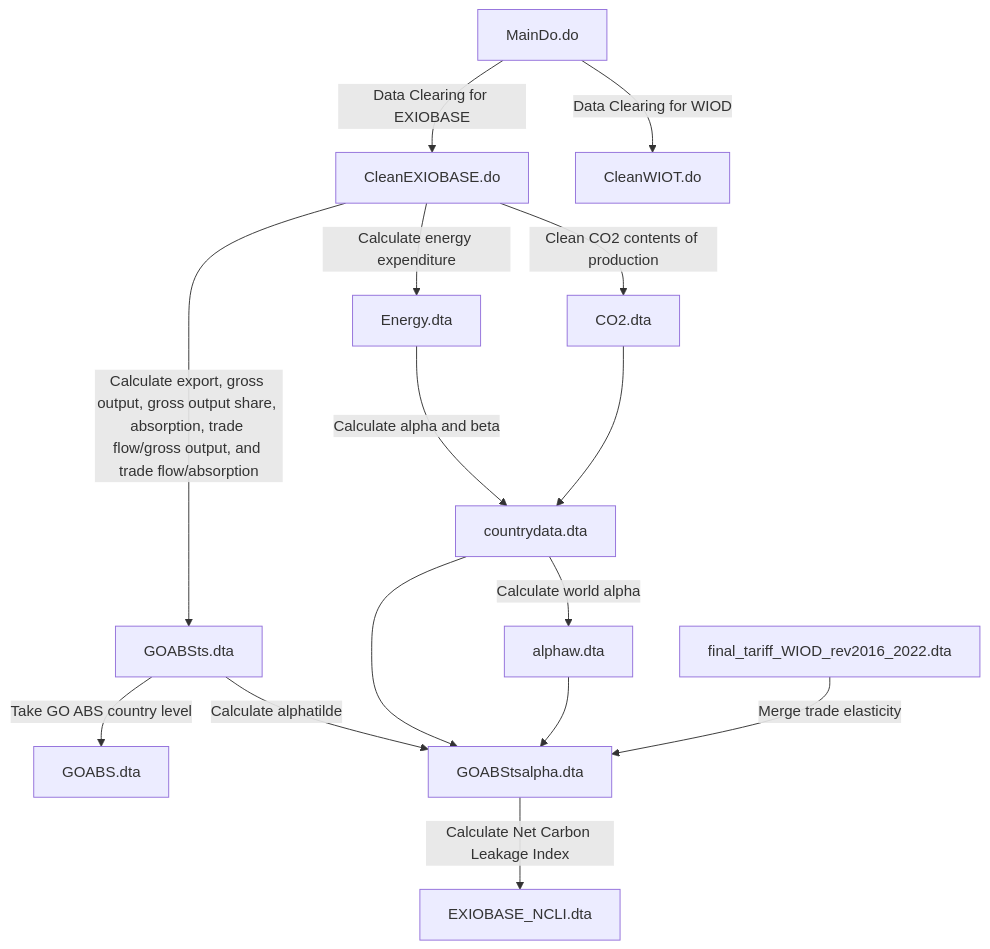
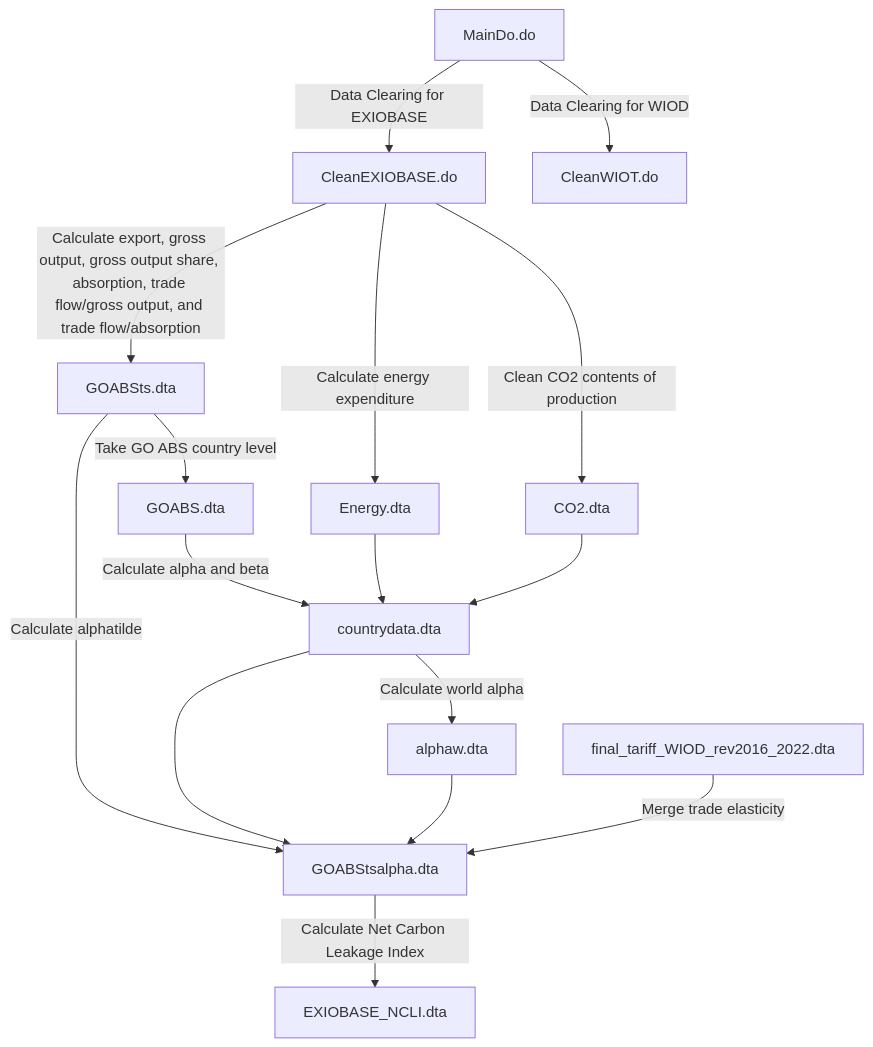
Before and after one commit to AkariOno/Trade_Carbon: the diagram in README.md, drawn with Mermaid.

````diff
--- a/README.md
+++ b/README.md
@@ -17,17 +17,18 @@
 ```mermaid
 graph TD;
     A[MainDo.do] --> |Data Clearing for EXIOBASE|B[CleanEXIOBASE.do]
     A --> |Data Clearing for WIOD|C[CleanWIOT.do]
     B --> |Calculate export, gross output, gross output share, absorption, trade flow/gross output, and trade flow/absorption|D[GOABSts.dta]
     D --> |Take GO ABS country level|E[GOABS.dta]
     B --> |Calculate energy expenditure|F[Energy.dta]
     B --> |Clean CO2 contents of production|G[CO2.dta]
-    F --> |Calculate alpha and beta|H[countrydata.dta]
+    E --> |Calculate alpha and beta|H[countrydata.dta]
+    F --> H
     G --> H
     H --> |Calculate world alpha|I[alphaw.dta]
     D --> |Calculate alphatilde|J[GOABStsalpha.dta]
     H --> J
     I --> J
     K[final_tariff_WIOD_rev2016_2022.dta] --> |Merge trade elasticity|J
     J --> |Calculate Net Carbon Leakage Index|L[EXIOBASE_NCLI.dta]
 ```
````
